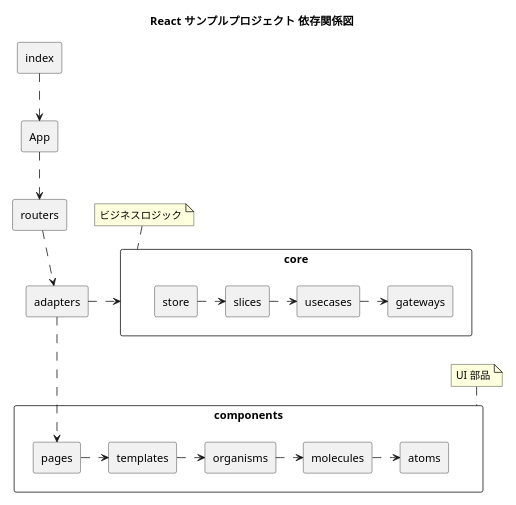
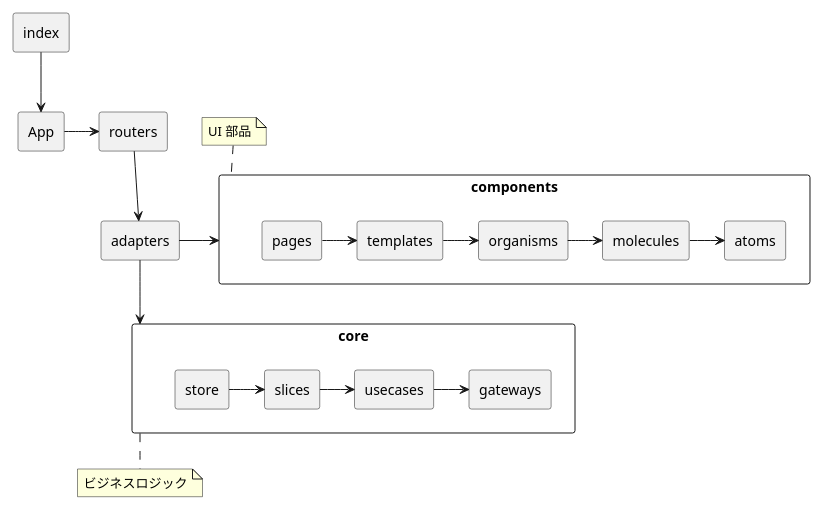
One commit to yamagame/react-typescript-starter-app changed the second of 2 diagrams in docs/diagrams/src/architecture.plantuml. Above: the diagram before and after it, drawn with PlantUML. The commit also changed other lines of this file and 2 other files, not shown here.

```diff
--- a/docs/diagrams/src/architecture.plantuml
+++ b/docs/diagrams/src/architecture.plantuml
@@ -51,48 +27,52 @@
 @startuml dependencies
-scale 400 width
-title  React サンプルプロジェクト 依存関係図
+' title  React サンプルプロジェクト 依存関係図
+skinparam shadowing false
+scale 0.8
+' scale 400 width
 
 skinparam packageStyle Rectangle
 
 rectangle index
 rectangle App
 rectangle routers
 rectangle adapters
+
 package components {
   rectangle pages
   rectangle organisms
   rectangle molecules
   rectangle atoms
   rectangle templates
 }
 
-note top of components
-  UI 部品
-end note
-
-index ..> App
-App ..> routers
-routers ..> adapters
-pages .> templates
-adapters ...> pages
-organisms .> molecules
-molecules .> atoms
-templates .> organisms
-
 package core {
   rectangle gateways
   rectangle slices
   rectangle store
   rectangle usecases
 }
 
-adapters .> core
-store .> slices
-slices .> usecases
-usecases .> gateways
+note top of components
+  UI 部品
+end note
 
-note top of core
+index --> App
+App -> routers
+routers --> adapters
+pages -> templates
+organisms -> molecules
+molecules -> atoms
+templates -> organisms
+
+store -> slices
+slices -> usecases
+usecases -> gateways
+
+adapters -> components
+adapters --> core
+
+note bottom of core
   ビジネスロジック
 end note
 
 @enduml
```
